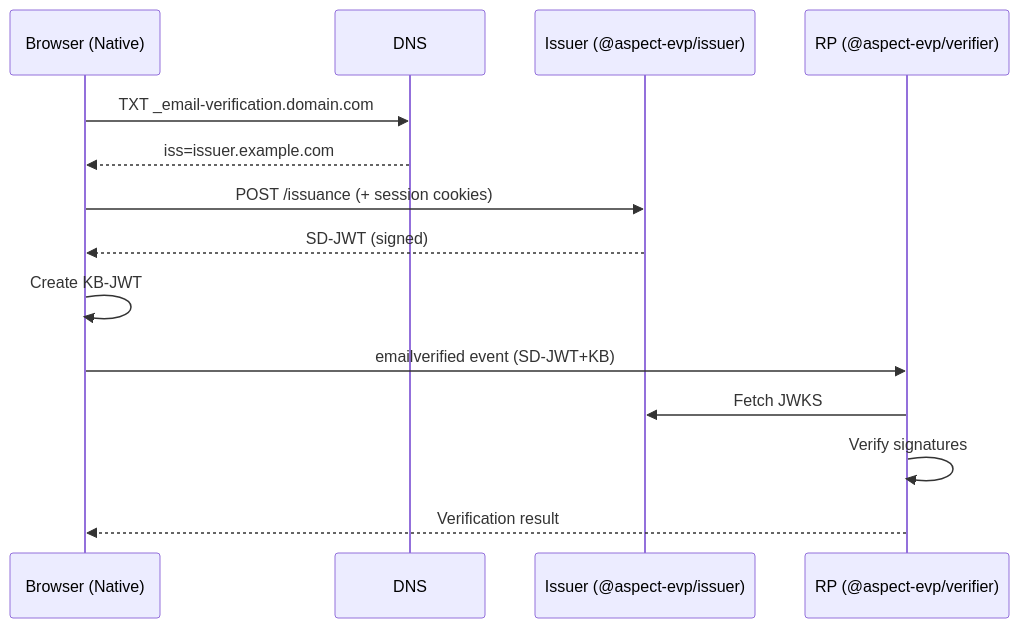
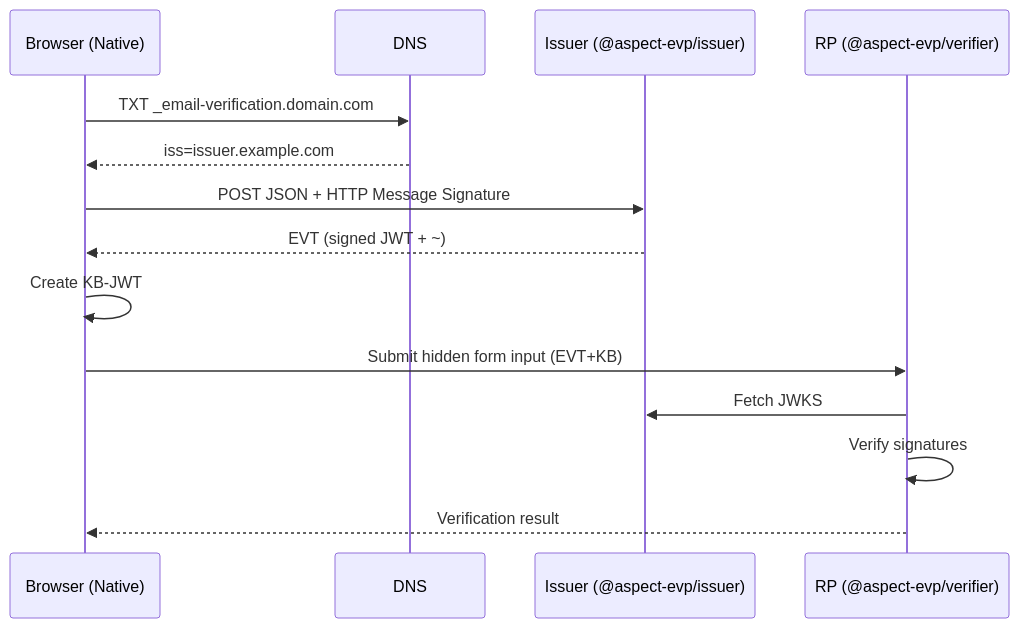
One commit to aspect-evp/evp-js changed the diagram in README.md. Above: the diagram before and after it, drawn with Mermaid. The commit also changed other lines of this file and 55 other files, not shown here.

````diff
--- a/README.md
+++ b/README.md
@@ -122,17 +139,17 @@
 ```mermaid
 sequenceDiagram
     participant Browser as Browser (Native)
     participant DNS
     participant Issuer as Issuer (@aspect-evp/issuer)
     participant RP as RP (@aspect-evp/verifier)
 
     Browser->>DNS: TXT _email-verification.domain.com
     DNS-->>Browser: iss=issuer.example.com
-    Browser->>Issuer: POST /issuance (+ session cookies)
-    Issuer-->>Browser: SD-JWT (signed)
+    Browser->>Issuer: POST JSON + HTTP Message Signature
+    Issuer-->>Browser: EVT (signed JWT + ~)
     Browser->>Browser: Create KB-JWT
-    Browser->>RP: emailverified event (SD-JWT+KB)
+    Browser->>RP: Submit hidden form input (EVT+KB)
     RP->>Issuer: Fetch JWKS
     RP->>RP: Verify signatures
     RP-->>Browser: Verification result
 ```
````
